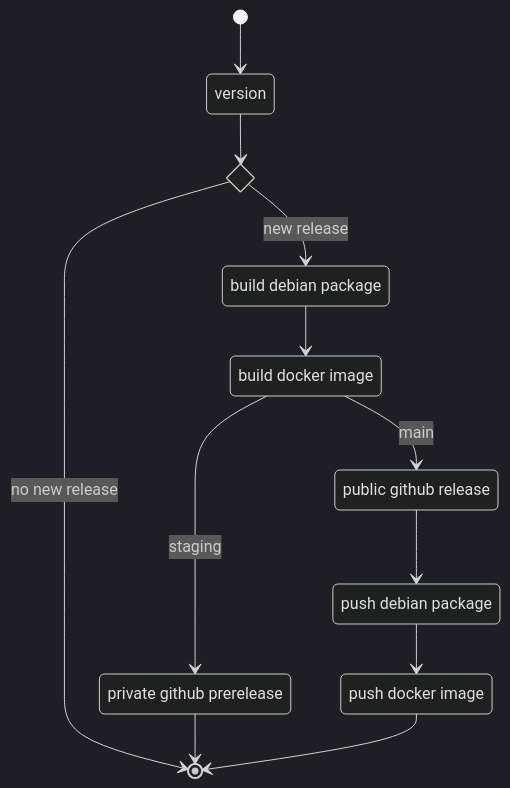
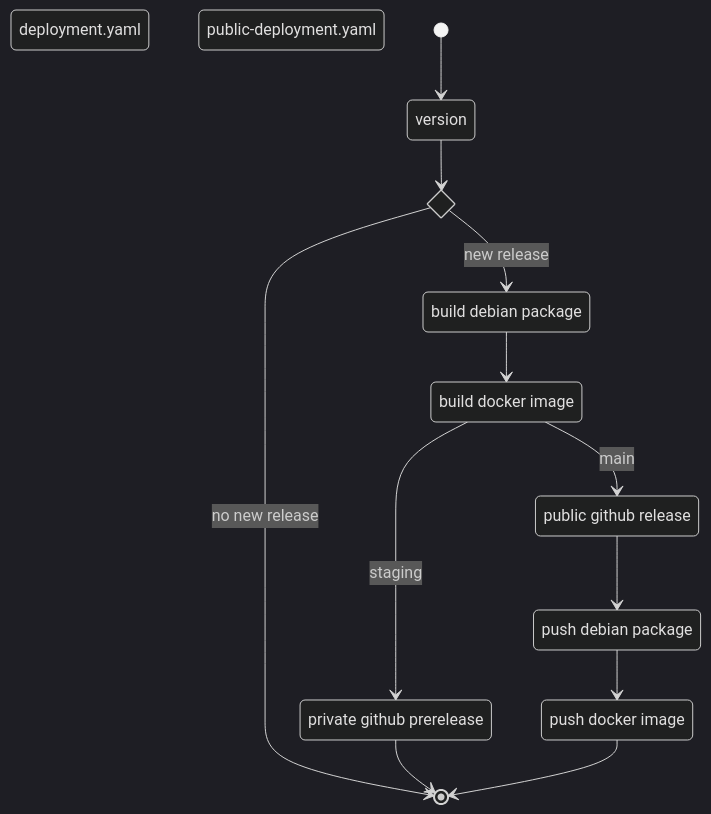
One commit to synthetik-technologies/blastfoam changed the second of 2 diagrams in .github/workflows/workflow-readme.md. Above: the diagram before and after it, drawn with Mermaid (dark theme). The commit also changed other lines of this file and 1 other file, not shown here.

````diff
--- a/.github/workflows/workflow-readme.md
+++ b/.github/workflows/workflow-readme.md
@@ -19,27 +57,30 @@
 ```mermaid
   stateDiagram-v2
 
+  state "deployment.yaml" as dep
+  state "public-deployment.yaml" as pdep
   state "build debian package" as deb
   state "build docker image" as doc
   state "private github prerelease" as pre
   state "public github release" as pub
   state "push docker image" as docPush
   state "push debian package" as debPush
   state new_release <<choice>>
+
   [*] --> version
   version --> new_release
   new_release --> deb: new release
   new_release --> [*]: no new release
   deb --> doc
   doc --> pre: staging
   pre --> [*]
 
   doc --> pub: main
   pub --> debPush
   debPush --> docPush
   docPush --> [*]
 
 
 
 
 ```
````
